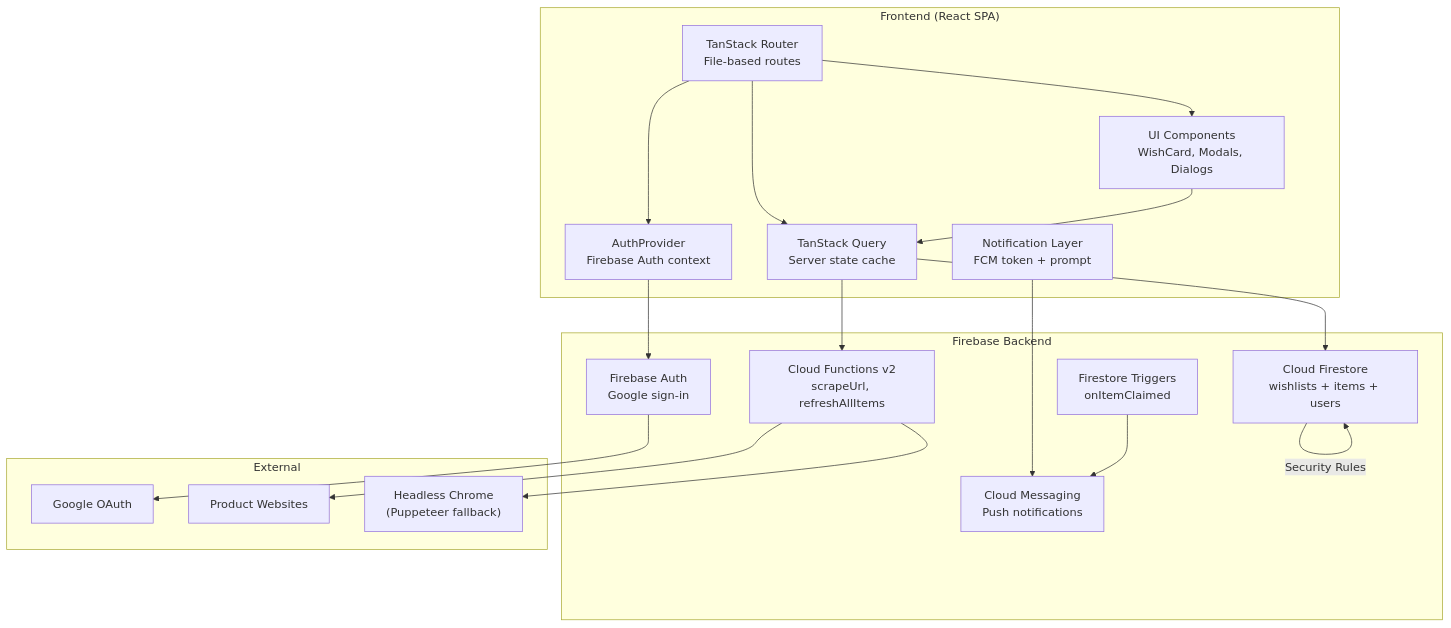
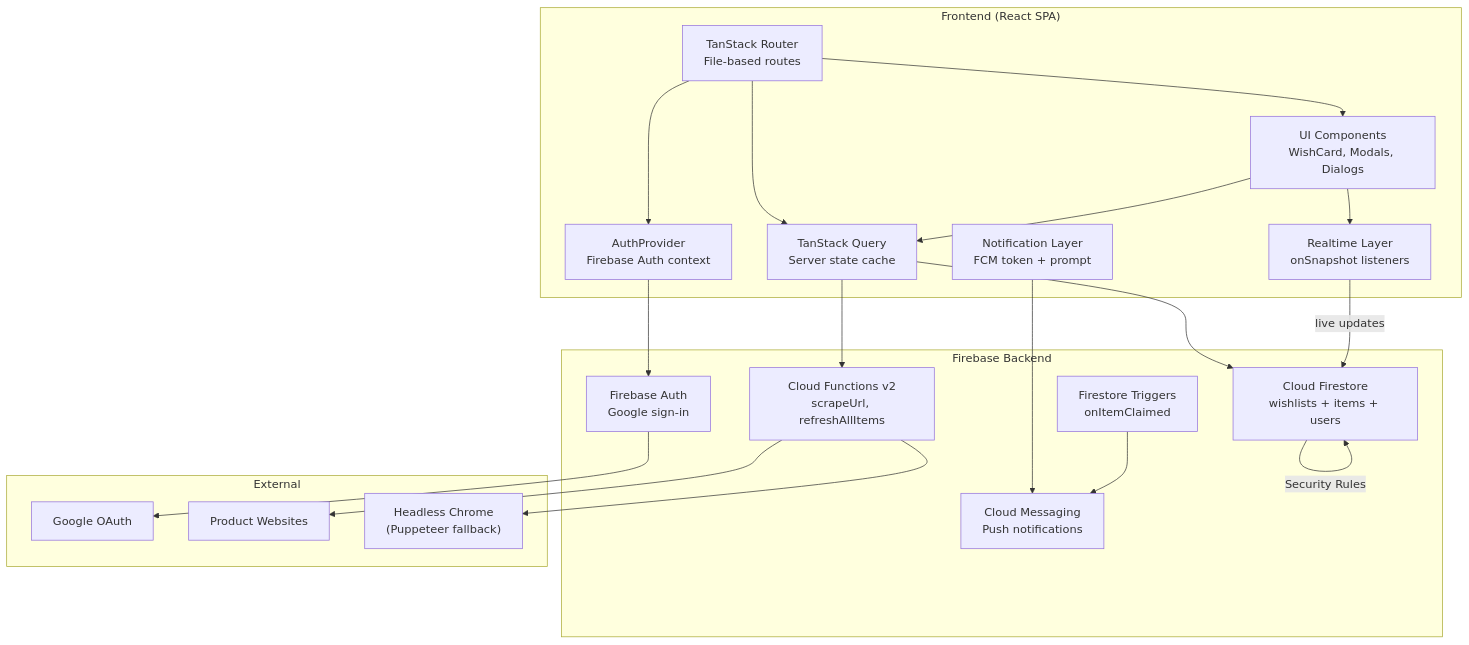
Before and after one commit to Technical-1/All-About-Me: the diagram in public/data/portfolio/GimmeThat/architecture.md, drawn with Mermaid. The commit also changed other lines of this file and 18 other files, not shown here.

````diff
--- a/public/data/portfolio/GimmeThat/architecture.md
+++ b/public/data/portfolio/GimmeThat/architecture.md
@@ -5,38 +5,41 @@
 ```mermaid
 flowchart TD
     subgraph Client["Frontend (React SPA)"]
         Router["TanStack Router<br/>File-based routes"]
         Query["TanStack Query<br/>Server state cache"]
+        Realtime["Realtime Layer<br/>onSnapshot listeners"]
         Auth["AuthProvider<br/>Firebase Auth context"]
         UI["UI Components<br/>WishCard, Modals, Dialogs"]
         Notif["Notification Layer<br/>FCM token + prompt"]
     end
 
     subgraph Firebase["Firebase Backend"]
         FAuth["Firebase Auth<br/>Google sign-in"]
         Firestore["Cloud Firestore<br/>wishlists + items + users"]
         Functions["Cloud Functions v2<br/>scrapeUrl, refreshAllItems"]
         Triggers["Firestore Triggers<br/>onItemClaimed"]
         FCM["Cloud Messaging<br/>Push notifications"]
     end
 
     subgraph External["External"]
         Google["Google OAuth"]
         ProductSites["Product Websites"]
         Puppeteer["Headless Chrome<br/>(Puppeteer fallback)"]
     end
 
     Router --> Query
     Router --> Auth
     Router --> UI
     Auth --> FAuth
     FAuth --> Google
     Query --> Firestore
+    Realtime --> |"live updates"| Firestore
     UI --> Query
+    UI --> Realtime
     Notif --> FCM
     Functions --> ProductSites
     Functions --> Puppeteer
     Query --> Functions
     Triggers --> FCM
     Firestore --> |"Security Rules"| Firestore
 ```
````
